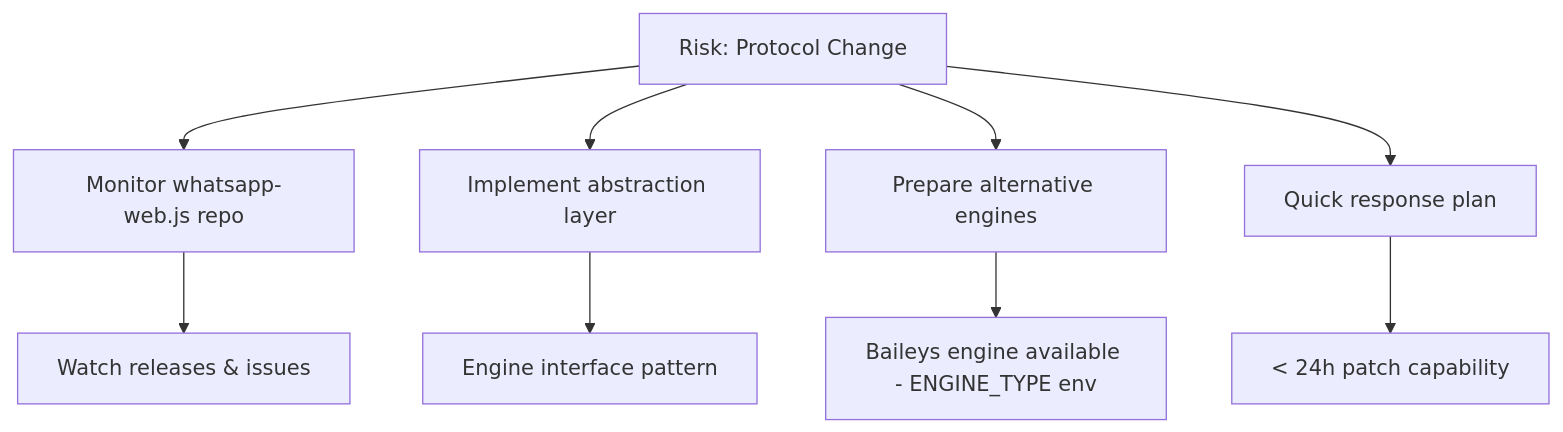
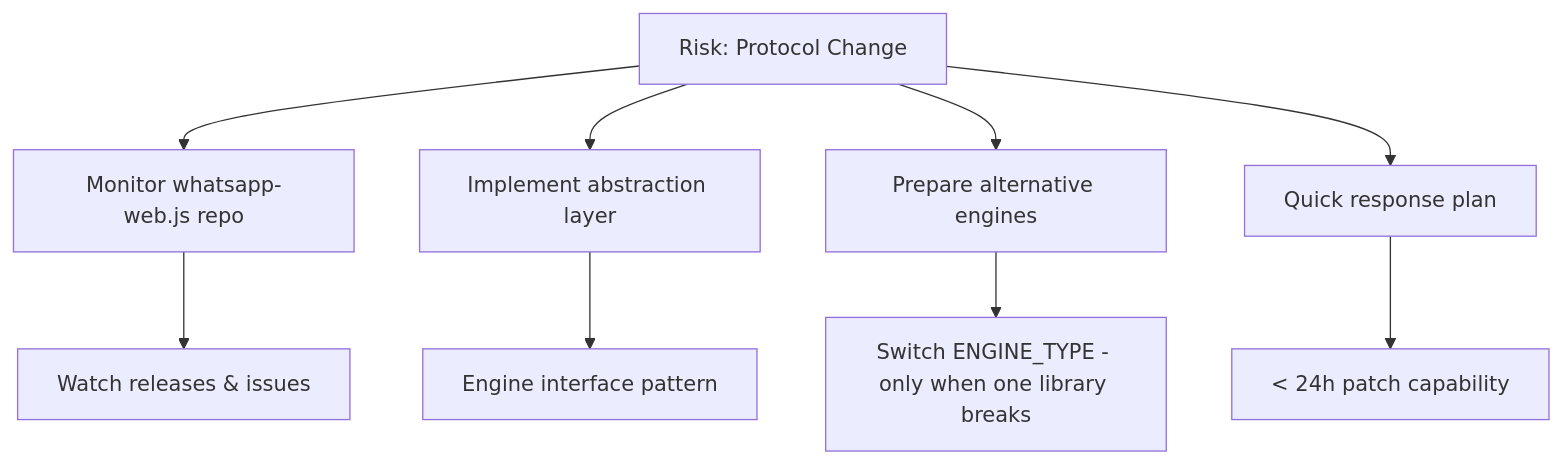
Before and after one commit to AntoineTROOVY/Sherlo: the second of 12 diagrams in docs/16-risk-management.md, drawn with Mermaid. The commit also changed other lines of this file and 2 other files, not shown here.

````diff
--- a/docs/16-risk-management.md
+++ b/docs/16-risk-management.md
@@ -47,12 +48,12 @@
 ```mermaid
 flowchart TB
     R[Risk: Protocol Change] --> M1[Monitor whatsapp-web.js repo]
     R --> M2[Implement abstraction layer]
     R --> M3[Prepare alternative engines]
     R --> M4[Quick response plan]
 
     M1 --> A1[Watch releases & issues]
     M2 --> A2[Engine interface pattern]
-    M3 --> A3[Baileys engine available - ENGINE_TYPE env]
+    M3 --> A3[Switch ENGINE_TYPE - only when one library breaks]
     M4 --> A4[< 24h patch capability]
 ```
````
